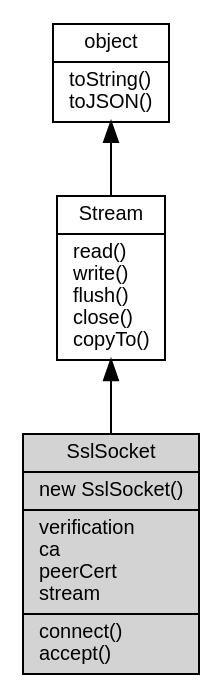
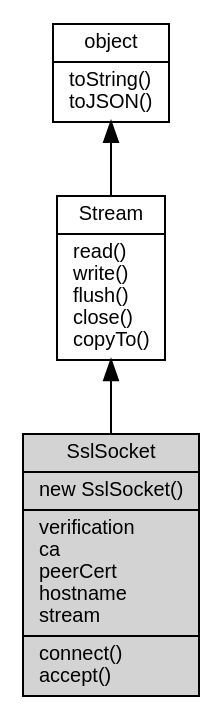
One commit to fibjs/fibjs.org changed the diagram in docs/manual/object/ifs/SslSocket.md. Above: the diagram before and after it, drawn with Graphviz. The commit also changed other lines of this file and 229 other files, not shown here.

````diff
--- a/docs/manual/object/ifs/SslSocket.md
+++ b/docs/manual/object/ifs/SslSocket.md
@@ -11,12 +11,12 @@
 ```dot
 digraph {
     node [fontname="Helvetica,sans-Serif", fontsize=10, shape="record", style="filled", fillcolor="white"];
 
     object [tooltip="object", URL="object.md", label="{object|toString()\ltoJSON()\l}"];
     Stream [tooltip="Stream", URL="Stream.md", label="{Stream|read()\lwrite()\lflush()\lclose()\lcopyTo()\l}"];
-    SslSocket [tooltip="SslSocket", fillcolor="lightgray", id="me", label="{SslSocket|new SslSocket()\l|verification\lca\lpeerCert\lstream\l|connect()\laccept()\l}"];
+    SslSocket [tooltip="SslSocket", fillcolor="lightgray", id="me", label="{SslSocket|new SslSocket()\l|verification\lca\lpeerCert\lhostname\lstream\l|connect()\laccept()\l}"];
 
     object -> Stream [dir=back];
     Stream -> SslSocket [dir=back];
 }
 ```
````
